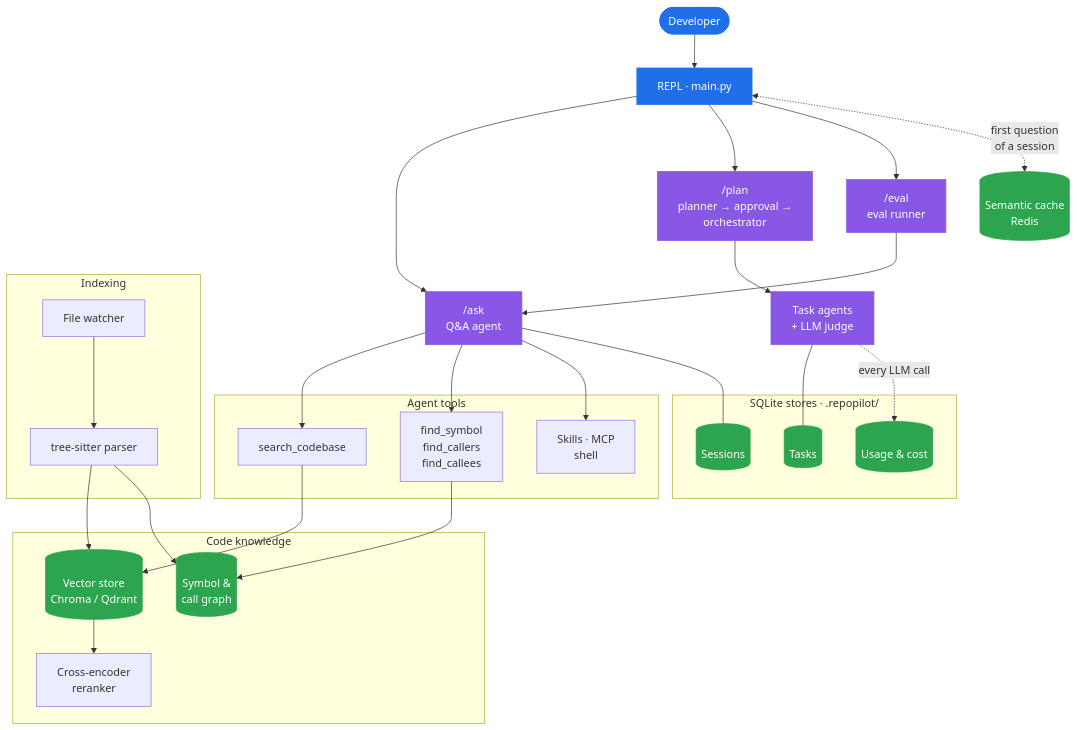
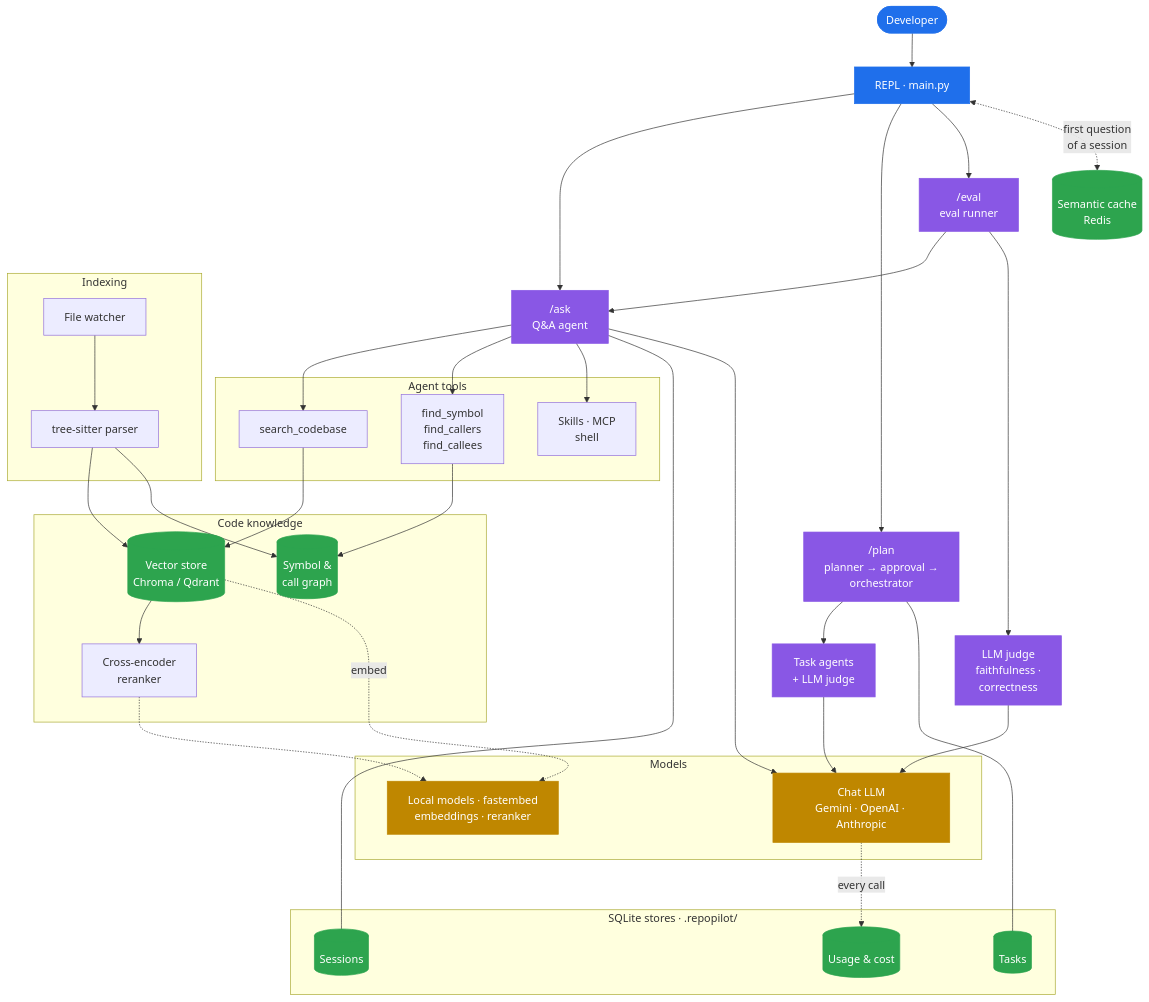
The first of 8 diagrams in README.md (Parth-Babariya/RepoPilot), drawn with Mermaid before and after one commit. The commit also changed other lines of this file and 3 other files, not shown here.

First line of the commit message:
Move eval LLM judge into evaluation/judge.py; fix README architecture

````diff
--- a/README.md
+++ b/README.md
@@ -59,50 +59,63 @@
 ```mermaid
 flowchart TB
     dev(["Developer"]) --> repl["REPL · main.py"]
 
     repl --> ask["/ask<br/>Q&A agent"]
     repl --> plan["/plan<br/>planner → approval →<br/>orchestrator"]
     repl --> evalr["/eval<br/>eval runner"]
     repl <-. "first question<br/>of a session" .-> cache[("Semantic cache<br/>Redis")]
 
     evalr --> ask
+    evalr --> ejudge["LLM judge<br/>faithfulness ·<br/>correctness"]
     plan --> workers["Task agents<br/>+ LLM judge"]
 
     subgraph tools["Agent tools"]
         search["search_codebase"]
         symtools["find_symbol<br/>find_callers<br/>find_callees"]
         ext["Skills · MCP<br/>shell"]
     end
     ask --> search
     ask --> symtools
     ask --> ext
 
     subgraph knowledge["Code knowledge"]
         vec[("Vector store<br/>Chroma / Qdrant")] --> rerank["Cross-encoder<br/>reranker"]
         symgraph[("Symbol &<br/>call graph")]
     end
     search --> vec
     symtools --> symgraph
 
     subgraph indexing["Indexing"]
         watcher["File watcher"] --> parser["tree-sitter parser"]
     end
     parser --> vec
     parser --> symgraph
 
     subgraph storage["SQLite stores · .repopilot/"]
         mem[("Sessions")]
         tasks[("Tasks")]
         usage[("Usage & cost")]
     end
     ask --- mem
-    workers --- tasks
-    workers -. every LLM call .-> usage
+    plan --- tasks
+
+    subgraph models["Models"]
+        llm["Chat LLM<br/>Gemini · OpenAI · Anthropic"]
+        local["Local models · fastembed<br/>embeddings · reranker"]
+    end
+    ask --> llm
+    workers --> llm
+    ejudge --> llm
+    vec -. embed .-> local
+    rerank -.-> local
+    llm -. every call .-> usage
 
     classDef entry fill:#1f6feb,stroke:#1f6feb,color:#fff
     classDef agent fill:#8957e5,stroke:#8957e5,color:#fff
     classDef store fill:#2da44e,stroke:#2da44e,color:#fff
+    classDef model fill:#bf8700,stroke:#bf8700,color:#fff
     class dev,repl entry
-    class ask,plan,evalr,workers agent
+    class ask,plan,evalr,workers,ejudge agent
     class cache,vec,symgraph,mem,tasks,usage store
+    class llm,local model
 ```
````
